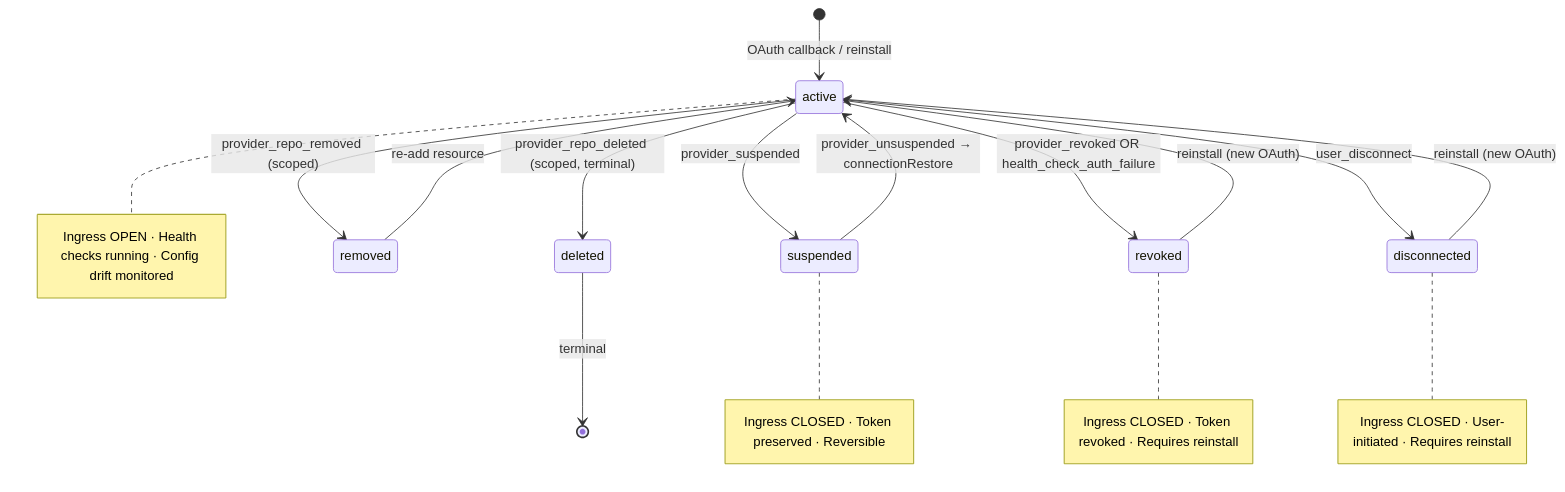
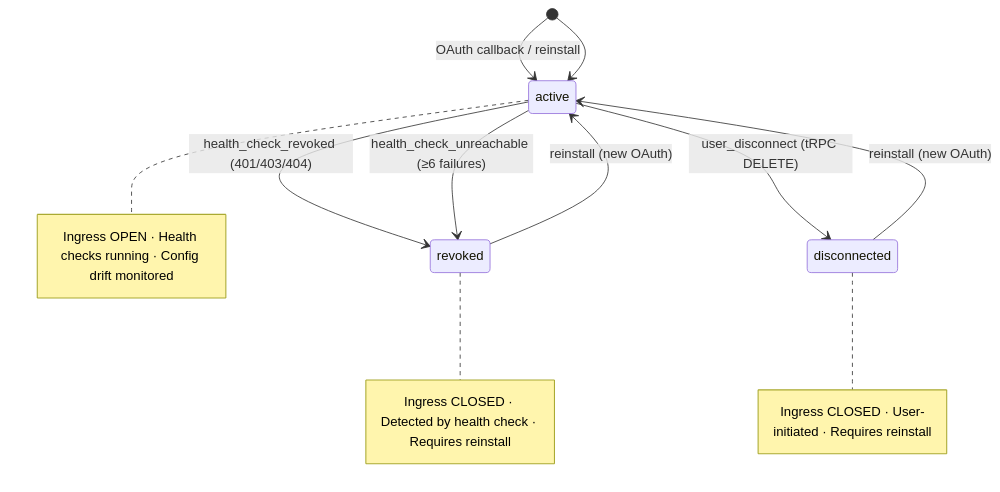
Before and after one commit to lightfastai/lightfast: the seventh of 10 diagrams in thoughts/shared/plans/2026-03-18-platform-architecture-redesign.md, drawn with Mermaid. The commit also changed other lines of this file, not shown here.

First line of the commit message:
docs(thoughts): align platform plan with provider architecture redesign

````diff
--- a/thoughts/shared/plans/2026-03-18-platform-architecture-redesign.md
+++ b/thoughts/shared/plans/2026-03-18-platform-architecture-redesign.md
@@ -438,22 +489,17 @@
 ```mermaid
 stateDiagram-v2
     [*] --> active : OAuth callback / reinstall
 
-    active --> disconnected : user_disconnect
-    active --> revoked : provider_revoked OR health_check_auth_failure
-    active --> suspended : provider_suspended
-    active --> removed : provider_repo_removed (scoped)
-    active --> deleted : provider_repo_deleted (scoped, terminal)
+    active --> disconnected : user_disconnect (tRPC DELETE)
+    active --> revoked : health_check_revoked (401/403/404)
+    active --> revoked : health_check_unreachable (≥6 failures)
 
-    suspended --> active : provider_unsuspended → connectionRestore
     disconnected --> active : reinstall (new OAuth)
     revoked --> active : reinstall (new OAuth)
-    removed --> active : re-add resource
 
-    deleted --> [*] : terminal
+    [*] --> active
 
     note right of active : Ingress OPEN · Health checks running · Config drift monitored
-    note right of suspended : Ingress CLOSED · Token preserved · Reversible
-    note right of revoked : Ingress CLOSED · Token revoked · Requires reinstall
+    note right of revoked : Ingress CLOSED · Detected by health check · Requires reinstall
     note right of disconnected : Ingress CLOSED · User-initiated · Requires reinstall
 ```
````
